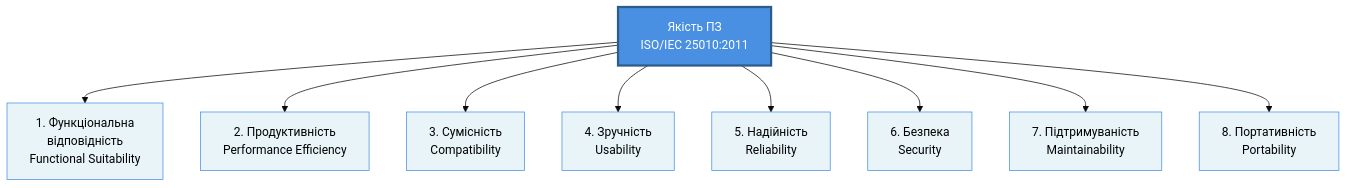
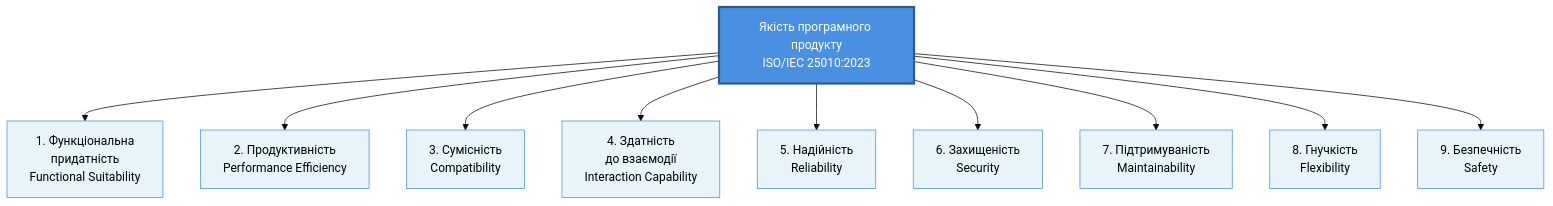
Before and after one commit to STT-VITI-22/stt-handbook: the first of 7 diagrams in dist/Розділ 1 (Вступ на фундаментальні основи)/Глава 2/Основи контролю якості.md, drawn with Mermaid (base theme). The commit also changed other lines of this file, not shown here.

````diff
--- a/dist/Розділ 1 (Вступ на фундаментальні основи)/Глава 2/Основи контролю якості.md
+++ b/dist/Розділ 1 (Вступ на фундаментальні основи)/Глава 2/Основи контролю якості.md
@@ -32,23 +41,25 @@
 ```mermaid
 graph TB
-    QS["Якість ПЗ<br/>ISO/IEC 25010:2011"]
+    QS["Якість програмного продукту<br/>ISO/IEC 25010:2023"]
 
-    QS --> FS["1. Функціональна<br/>відповідність<br/>Functional Suitability"]
+    QS --> FS["1. Функціональна<br/>придатність<br/>Functional Suitability"]
     QS --> PE["2. Продуктивність<br/>Performance Efficiency"]
     QS --> CMP["3. Сумісність<br/>Compatibility"]
-    QS --> USA["4. Зручність<br/>Usability"]
+    QS --> IC["4. Здатність<br/>до взаємодії<br/>Interaction Capability"]
     QS --> REL["5. Надійність<br/>Reliability"]
-    QS --> SEC["6. Безпека<br/>Security"]
+    QS --> SEC["6. Захищеність<br/>Security"]
     QS --> MNT["7. Підтримуваність<br/>Maintainability"]
-    QS --> PRT["8. Портативність<br/>Portability"]
+    QS --> FLX["8. Гнучкість<br/>Flexibility"]
+    QS --> SAF["9. Безпечність<br/>Safety"]
 
     style QS fill:#4A90E2,stroke:#2E5C8A,color:#fff,stroke-width:3px
     style FS fill:#E8F4F8,stroke:#4A90E2,color:#000
     style PE fill:#E8F4F8,stroke:#4A90E2,color:#000
     style CMP fill:#E8F4F8,stroke:#4A90E2,color:#000
-    style USA fill:#E8F4F8,stroke:#4A90E2,color:#000
+    style IC fill:#E8F4F8,stroke:#4A90E2,color:#000
     style REL fill:#E8F4F8,stroke:#4A90E2,color:#000
     style SEC fill:#E8F4F8,stroke:#4A90E2,color:#000
     style MNT fill:#E8F4F8,stroke:#4A90E2,color:#000
-    style PRT fill:#E8F4F8,stroke:#4A90E2,color:#000
+    style FLX fill:#E8F4F8,stroke:#4A90E2,color:#000
+    style SAF fill:#E8F4F8,stroke:#4A90E2,color:#000
 ```
````
